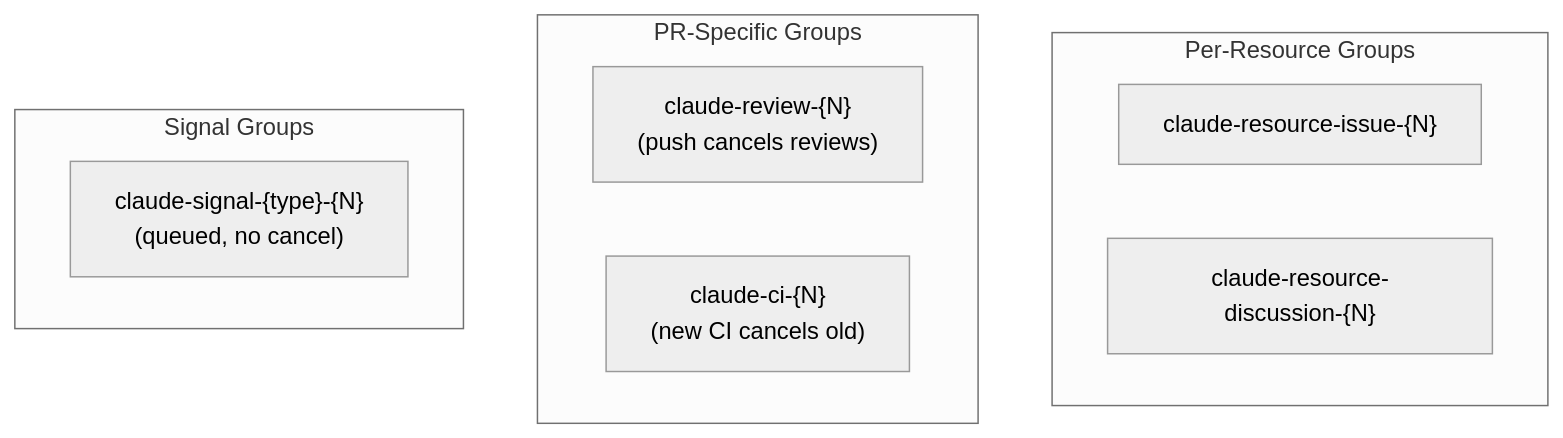
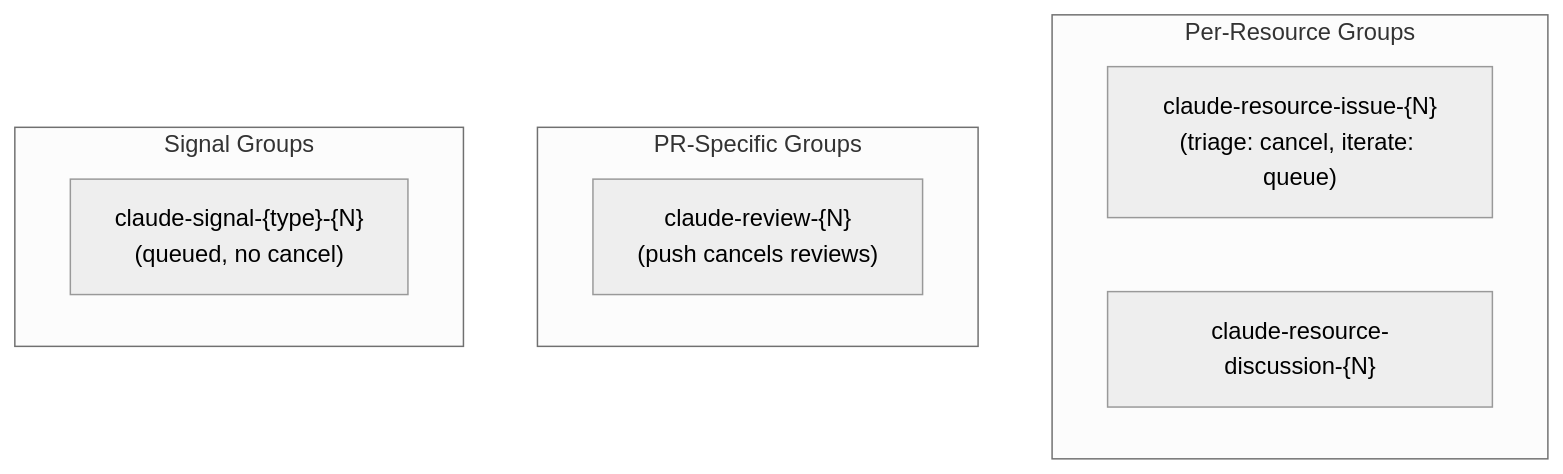
Before and after one commit to kevin-mind/nopo: the fifth of 5 diagrams in docs/automation/ARCHITECTURE.md, drawn with Mermaid (neutral theme). The commit also changed other lines of this file and 25 other files, not shown here.

First line of the commit message:
feat(claude): implement unified iteration model for issue implementation

````diff
--- a/docs/automation/ARCHITECTURE.md
+++ b/docs/automation/ARCHITECTURE.md
@@ -183,16 +227,15 @@
 ```mermaid
 flowchart TB
     subgraph "Per-Resource Groups"
-        G1["claude-resource-issue-{N}"]
+        G1["claude-resource-issue-{N}<br/>(triage: cancel, iterate: queue)"]
         G2["claude-resource-discussion-{N}"]
     end
 
     subgraph "PR-Specific Groups"
         G3["claude-review-{N}<br/>(push cancels reviews)"]
-        G4["claude-ci-{N}<br/>(new CI cancels old)"]
     end
 
     subgraph "Signal Groups"
         G5["claude-signal-{type}-{N}<br/>(queued, no cancel)"]
     end
 ```
````
